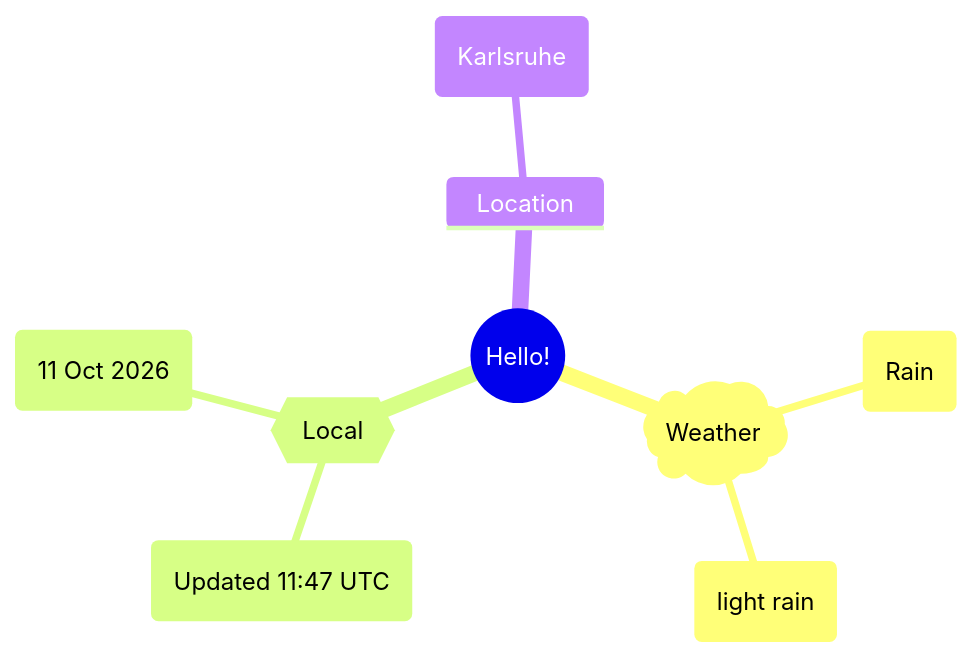
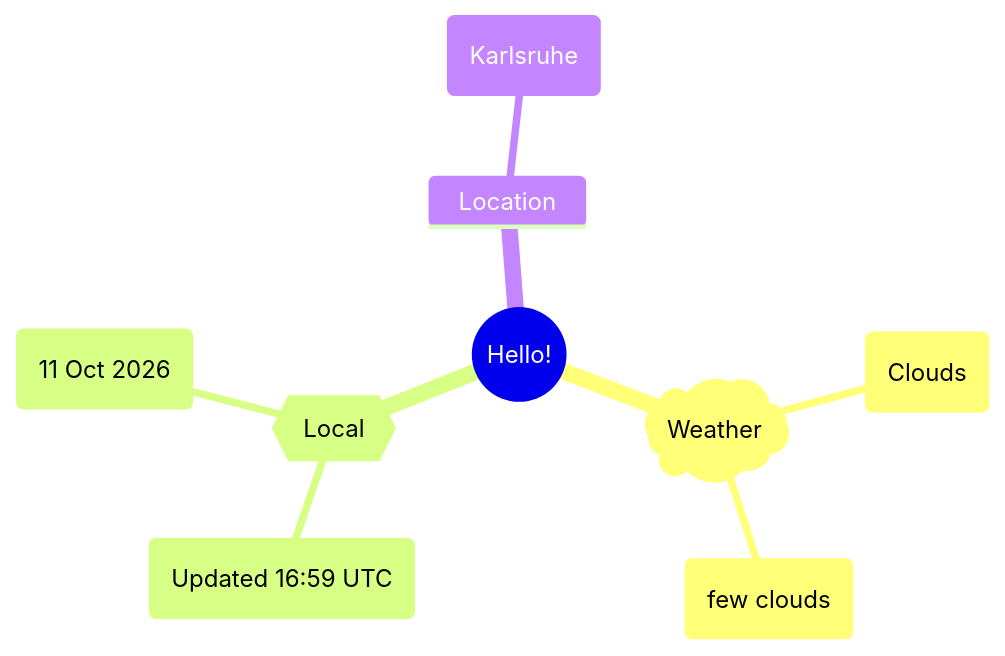
Before and after one commit to Xosrov/Xosrov: the first of 2 diagrams in README.md, drawn with Mermaid.

Commit message:
[bot] updated images

````diff
--- a/README.md
+++ b/README.md
@@ -3,12 +3,12 @@
 ```mermaid
 mindmap
   root((Hello!))
     )Weather(
-        (Rain)
-        (light rain)
+        (Clouds)
+        (few clouds)
     {{Local}}
-        (Updated 11:47 UTC)
+        (Updated 16:59 UTC)
         (11 Oct 2026)
     Location
         (Karlsruhe)
 ```
````
